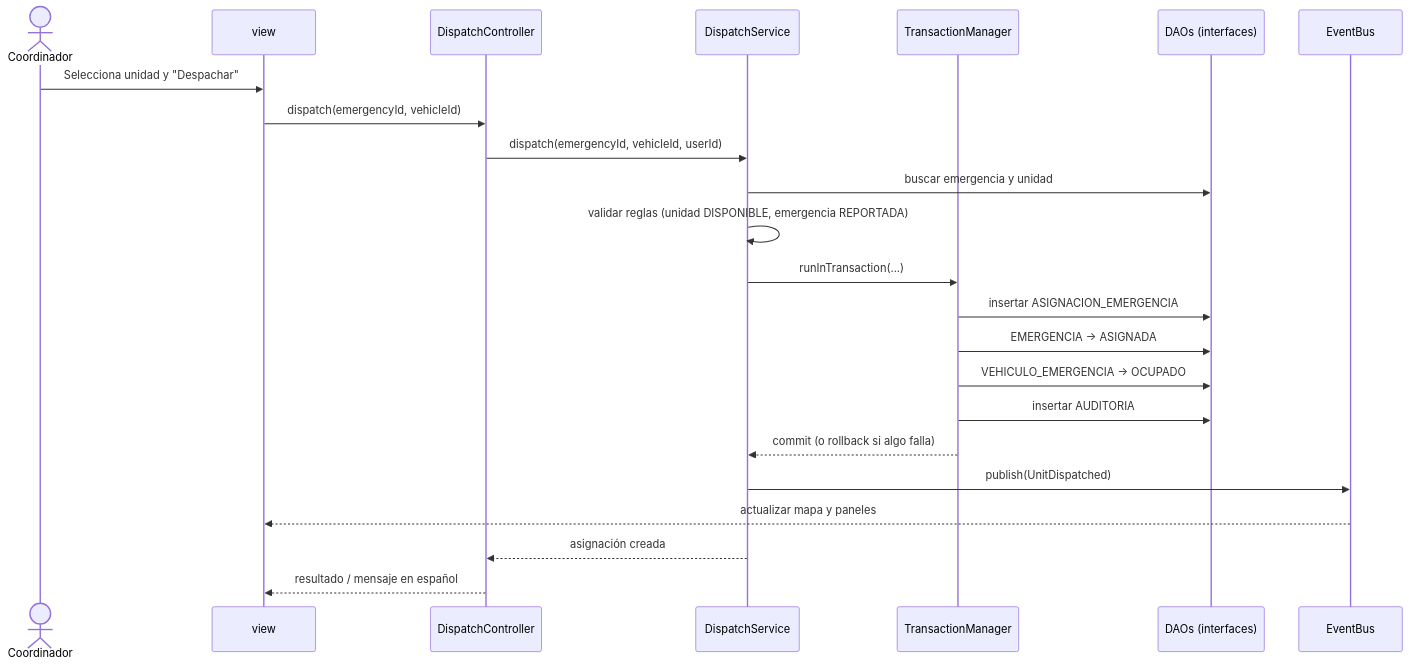
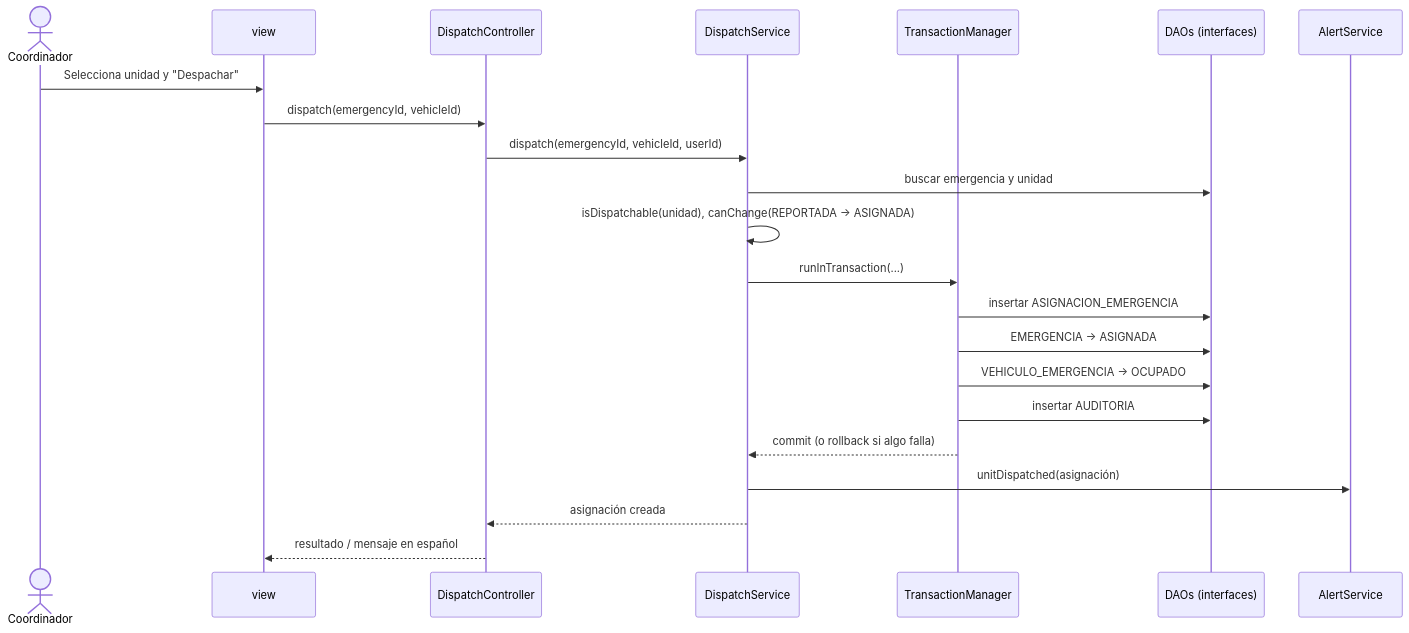
One commit to afzabaleta/RutaVida changed the second of 2 diagrams in docs/arquitectura-software.md. Above: the diagram before and after it, drawn with Mermaid. The commit also changed other lines of this file and 12 other files, not shown here.

````diff
--- a/docs/arquitectura-software.md
+++ b/docs/arquitectura-software.md
@@ -91,26 +89,25 @@
 ```mermaid
 sequenceDiagram
     actor Op as Coordinador
     participant V as view
     participant C as DispatchController
     participant S as DispatchService
     participant T as TransactionManager
     participant D as DAOs (interfaces)
-    participant E as EventBus
+    participant A as AlertService
 
     Op->>V: Selecciona unidad y "Despachar"
     V->>C: dispatch(emergencyId, vehicleId)
     C->>S: dispatch(emergencyId, vehicleId, userId)
     S->>D: buscar emergencia y unidad
-    S->>S: validar reglas (unidad DISPONIBLE, emergencia REPORTADA)
+    S->>S: isDispatchable(unidad), canChange(REPORTADA → ASIGNADA)
     S->>T: runInTransaction(...)
     T->>D: insertar ASIGNACION_EMERGENCIA
     T->>D: EMERGENCIA → ASIGNADA
     T->>D: VEHICULO_EMERGENCIA → OCUPADO
     T->>D: insertar AUDITORIA
     T-->>S: commit (o rollback si algo falla)
-    S->>E: publish(UnitDispatched)
-    E-->>V: actualizar mapa y paneles
+    S->>A: unitDispatched(asignación)
     S-->>C: asignación creada
     C-->>V: resultado / mensaje en español
 ```
````
